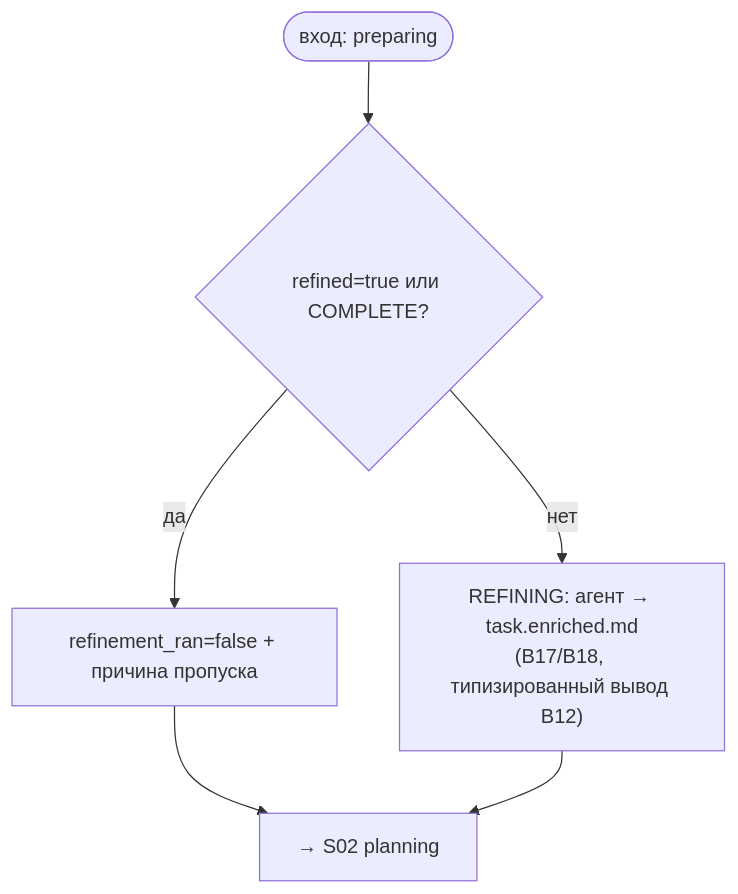
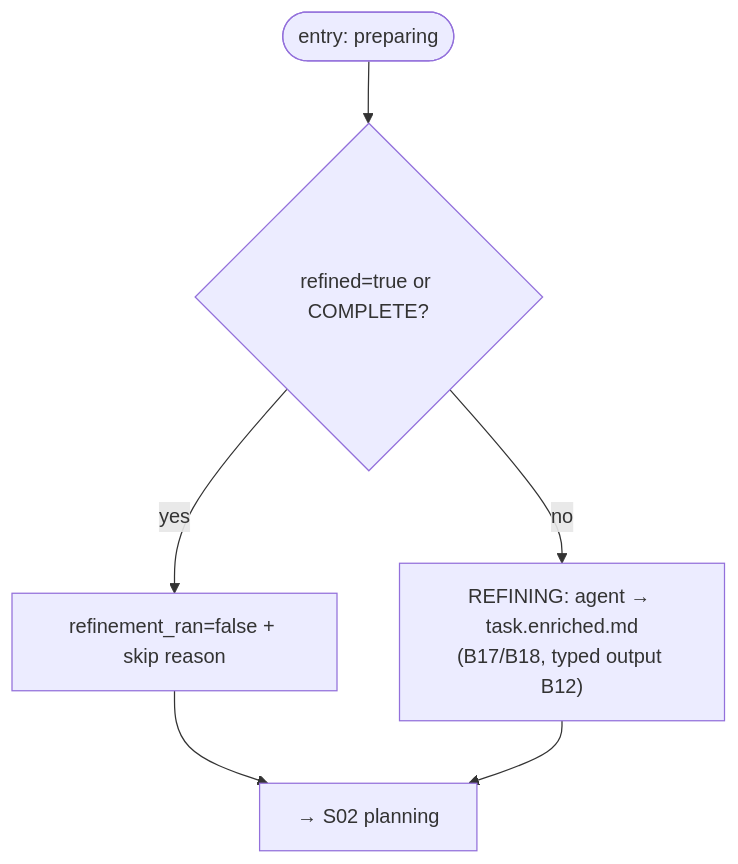
One commit to VladimirMakarevich/wastech-orchestrator changed the diagram in docs/functional/flows/coding/S01-refinement.md. Above: the diagram before and after it, drawn with Mermaid. The commit also changed other lines of this file and 41 other files, not shown here.

Commit message:
docs: translate system flows documentation from Russian to English, ensuring clarity and consistency in terminology. Update sequence diagrams and flowcharts to reflect the changes in language. Maintain the structure and references to blocks for ease of navigation.

````diff
--- a/docs/functional/flows/coding/S01-refinement.md
+++ b/docs/functional/flows/coding/S01-refinement.md
@@ -39,8 +39,8 @@
 ```mermaid
 flowchart TB
-    start(["вход: preparing"]) --> q{"refined=true или COMPLETE?"}
-    q -->|да| skip["refinement_ran=false + причина пропуска"]
-    q -->|нет| run["REFINING: агент → task.enriched.md<br/>(B17/B18, типизированный вывод B12)"]
+    start(["entry: preparing"]) --> q{"refined=true or COMPLETE?"}
+    q -->|yes| skip["refinement_ran=false + skip reason"]
+    q -->|no| run["REFINING: agent → task.enriched.md<br/>(B17/B18, typed output B12)"]
     skip --> plan["→ S02 planning"]
     run --> plan
 ```
````
